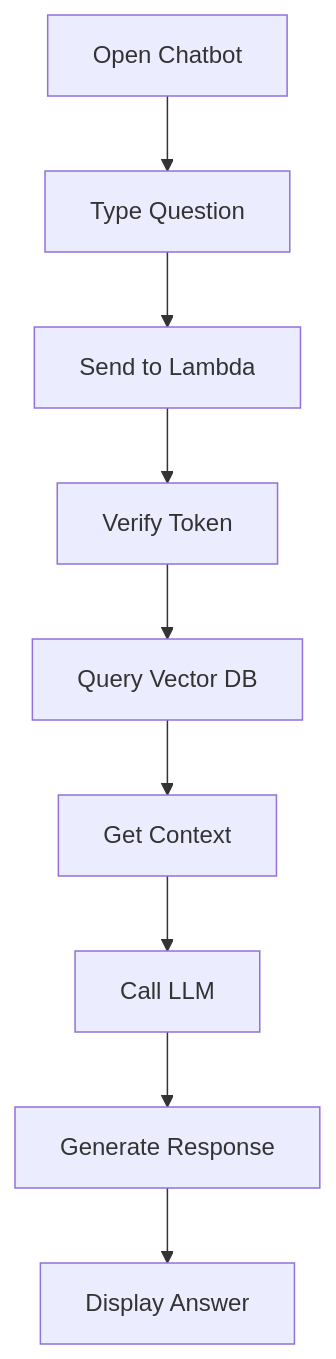
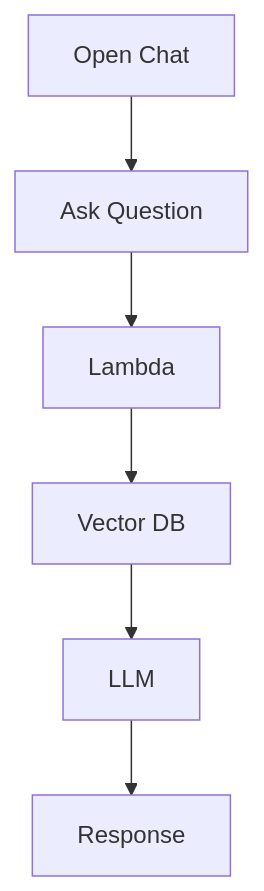
One commit to VaishnaviVadla33/Vegetable_Fruit_vendors_Locator changed the third of 3 diagrams in README.md. Above: the diagram before and after it, drawn with Mermaid. The commit also changed other lines of this file, not shown here.

````diff
--- a/README.md
+++ b/README.md
@@ -379,11 +383,8 @@
 ```mermaid
 graph TD
-    A[Open Chatbot] --> B[Type Question]
-    B --> C[Send to Lambda]
-    C --> D[Verify Token]
-    D --> E[Query Vector DB]
-    E --> F[Get Context]
-    F --> G[Call LLM]
-    G --> H[Generate Response]
-    H --> I[Display Answer]
+    A[Open Chat] --> B[Ask Question]
+    B --> C[Lambda]
+    C --> D[Vector DB]
+    D --> E[LLM]
+    E --> F[Response]
 ```
````
